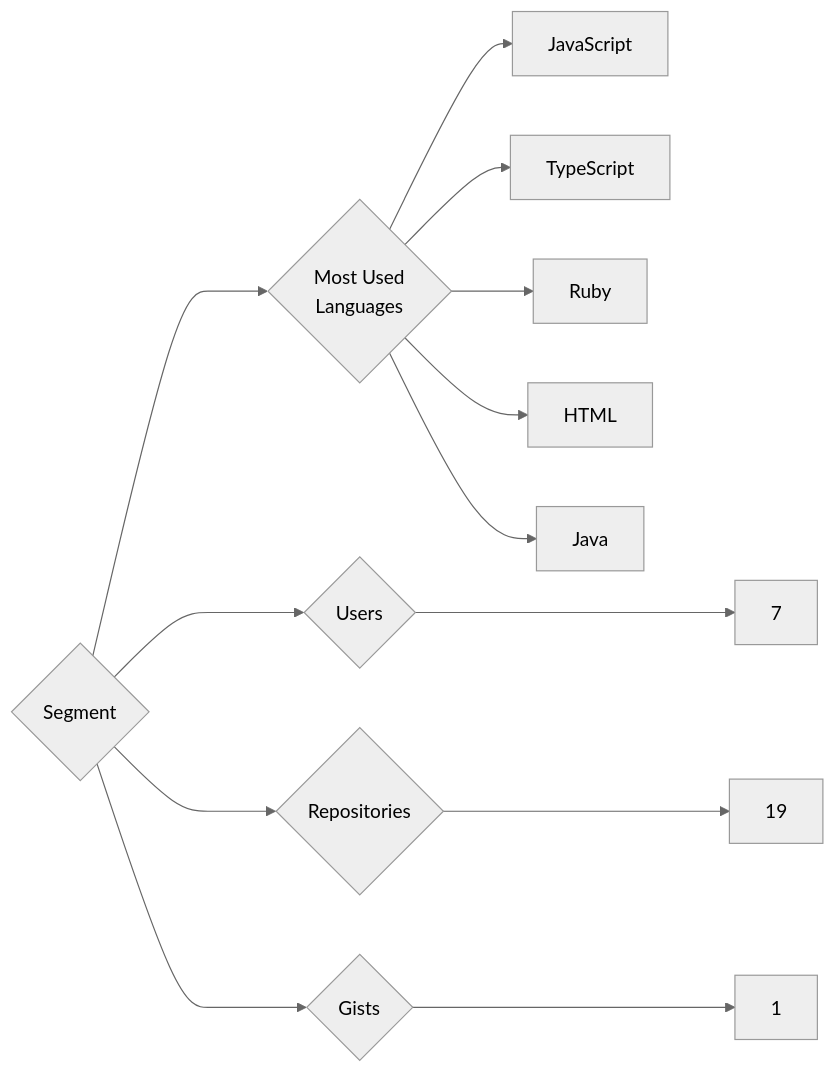
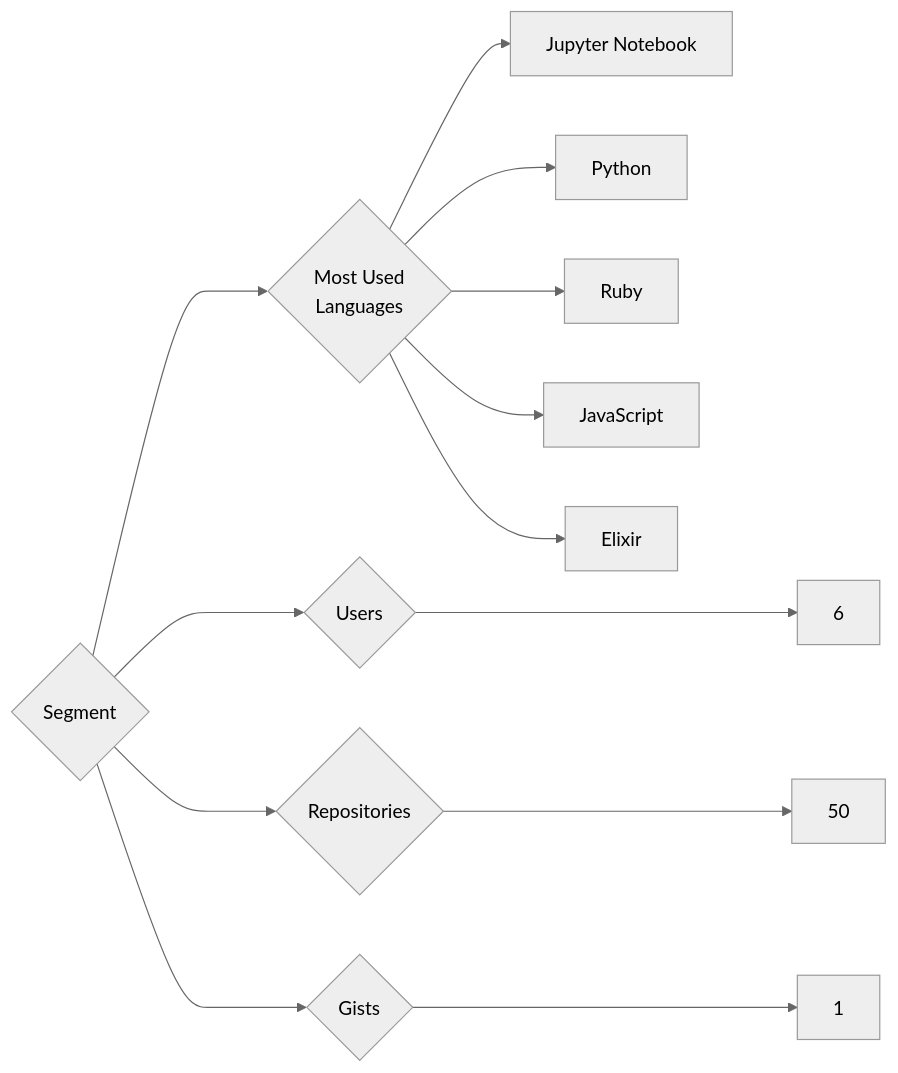
One commit to trickest/insiders changed the diagram in targets/Segment/README.md. Above: the diagram before and after it, drawn with Mermaid (neutral theme). The commit also changed 1484 other files, not shown here.

````diff
--- a/targets/Segment/README.md
+++ b/targets/Segment/README.md
@@ -3,13 +3,13 @@
 ```mermaid
 graph LR
 COMPANY_NAME{Segment}
-COMPANY_NAME ---> U{Users} ---> UN[7]
-COMPANY_NAME ---> R{Repositories} ---> RN[19]
+COMPANY_NAME ---> U{Users} ---> UN[6]
+COMPANY_NAME ---> R{Repositories} ---> RN[50]
 COMPANY_NAME ---> G{Gists} ---> GN[1]
 COMPANY_NAME ---> ML{Most Used<br>Languages}
+ML --> Jupyter_Notebook[Jupyter Notebook]
+ML --> Python[Python]
+ML --> Ruby[Ruby]
 ML --> JavaScript[JavaScript]
-ML --> TypeScript[TypeScript]
-ML --> Ruby[Ruby]
-ML --> HTML[HTML]
-ML --> Java[Java]
+ML --> Elixir[Elixir]
 ```
````
